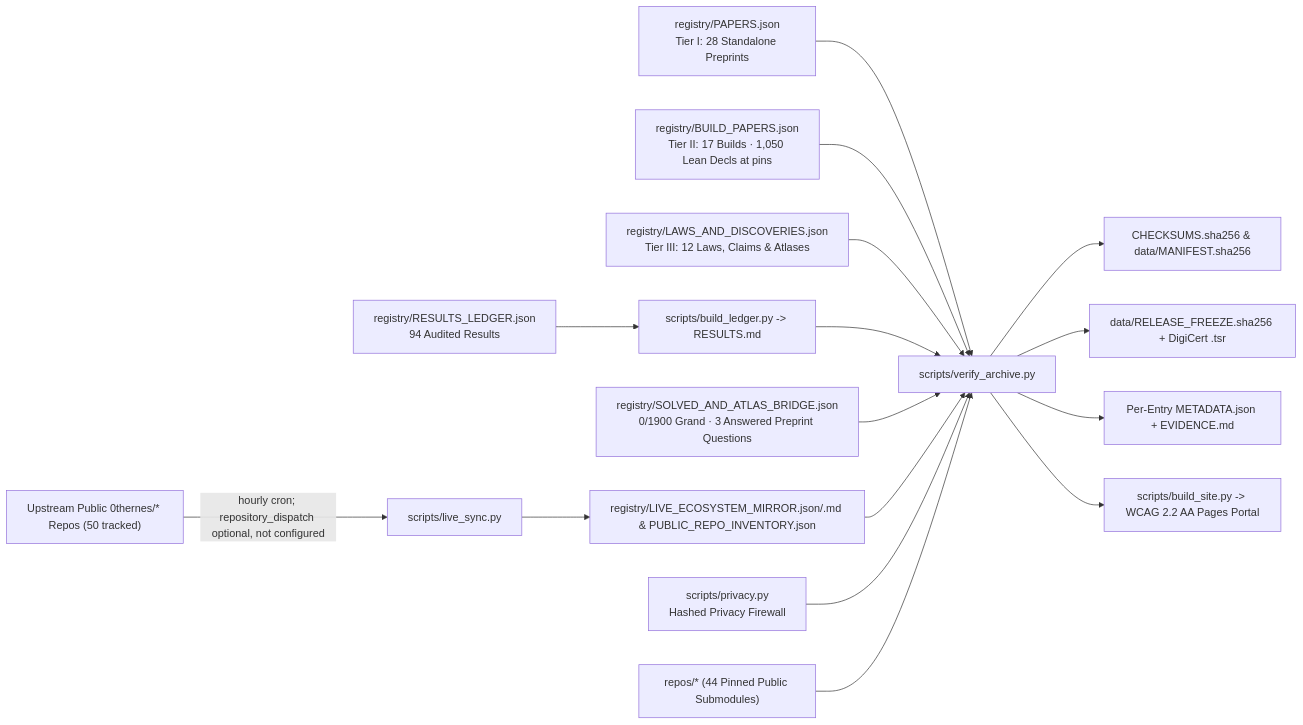
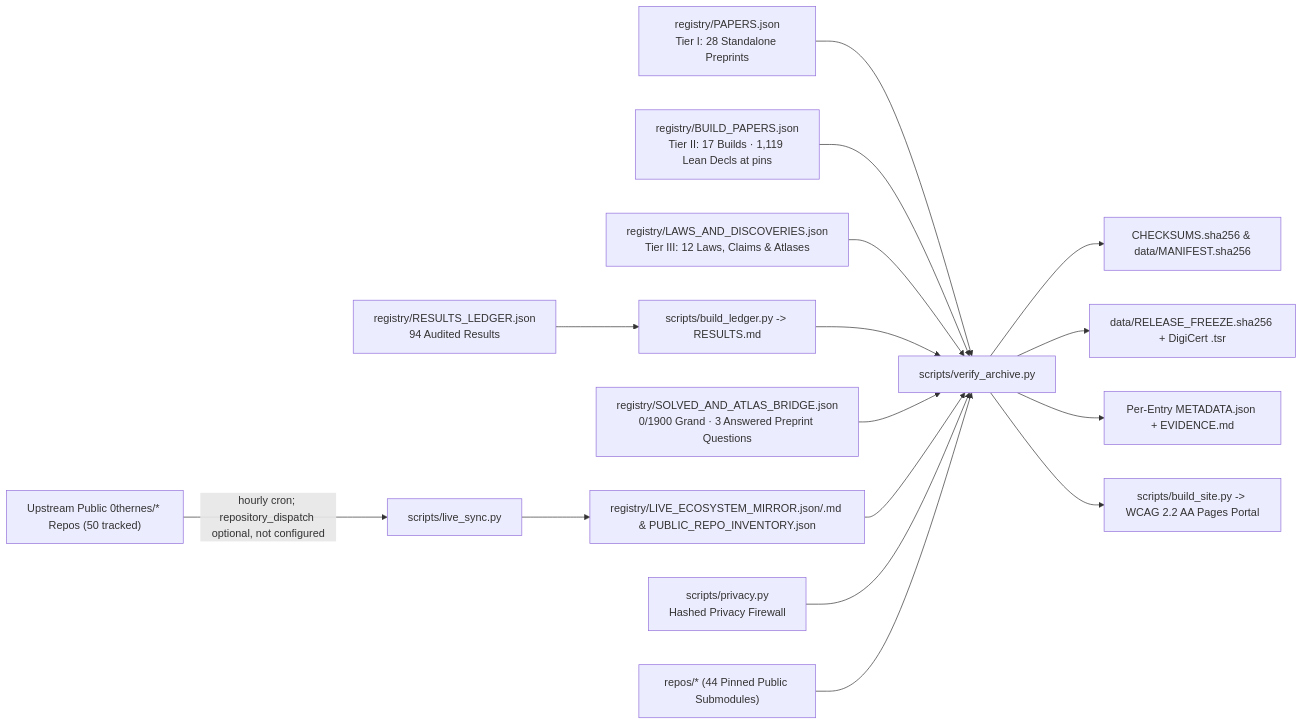
Before and after one commit to 0thernes/0thernes-research-archive: the diagram in docs/architecture.md, drawn with Mermaid. The commit also changed 29 other files, not shown here.

Commit message:
chore(archive): sync 0TH-BUILD-017 (beast-civilization) to hardened v1.0.0 (ccb67a8, 81 six-kernel Lean decls, N=24 Holm-Bonferroni, 45/45 DOIs, Pages Blueprint, SWH full snapshot) & re-seal RFC 3161 freeze

````diff
--- a/docs/architecture.md
+++ b/docs/architecture.md
@@ -5,18 +5,18 @@
 ```mermaid
 flowchart LR
     UP["Upstream Public 0thernes/* Repos (50 tracked)"] -->|hourly cron; repository_dispatch optional, not configured| LS["scripts/live_sync.py"]
     R1["registry/PAPERS.json<br/>Tier I: 28 Standalone Preprints"] --> V["scripts/verify_archive.py"]
-    R2["registry/BUILD_PAPERS.json<br/>Tier II: 17 Builds · 1,050 Lean Decls at pins"] --> V
+    R2["registry/BUILD_PAPERS.json<br/>Tier II: 17 Builds · 1,119 Lean Decls at pins"] --> V
     R3["registry/LAWS_AND_DISCOVERIES.json<br/>Tier III: 12 Laws, Claims & Atlases"] --> V
     RL["registry/RESULTS_LEDGER.json<br/>94 Audited Results"] --> BL["scripts/build_ledger.py -> RESULTS.md"]
     BL --> V
     BR["registry/SOLVED_AND_ATLAS_BRIDGE.json<br/>0/1900 Grand · 3 Answered Preprint Questions"] --> V
     LS --> LM["registry/LIVE_ECOSYSTEM_MIRROR.json/.md & PUBLIC_REPO_INVENTORY.json"]
     LM --> V
     PR["scripts/privacy.py<br/>Hashed Privacy Firewall"] --> V
     S["repos/* (44 Pinned Public Submodules)"] --> V
     V --> C["CHECKSUMS.sha256 & data/MANIFEST.sha256"]
     V --> FZ["data/RELEASE_FREEZE.sha256 + DigiCert .tsr"]
     V --> D["Per-Entry METADATA.json + EVIDENCE.md"]
     V --> P["scripts/build_site.py -> WCAG 2.2 AA Pages Portal"]
 ```
````
